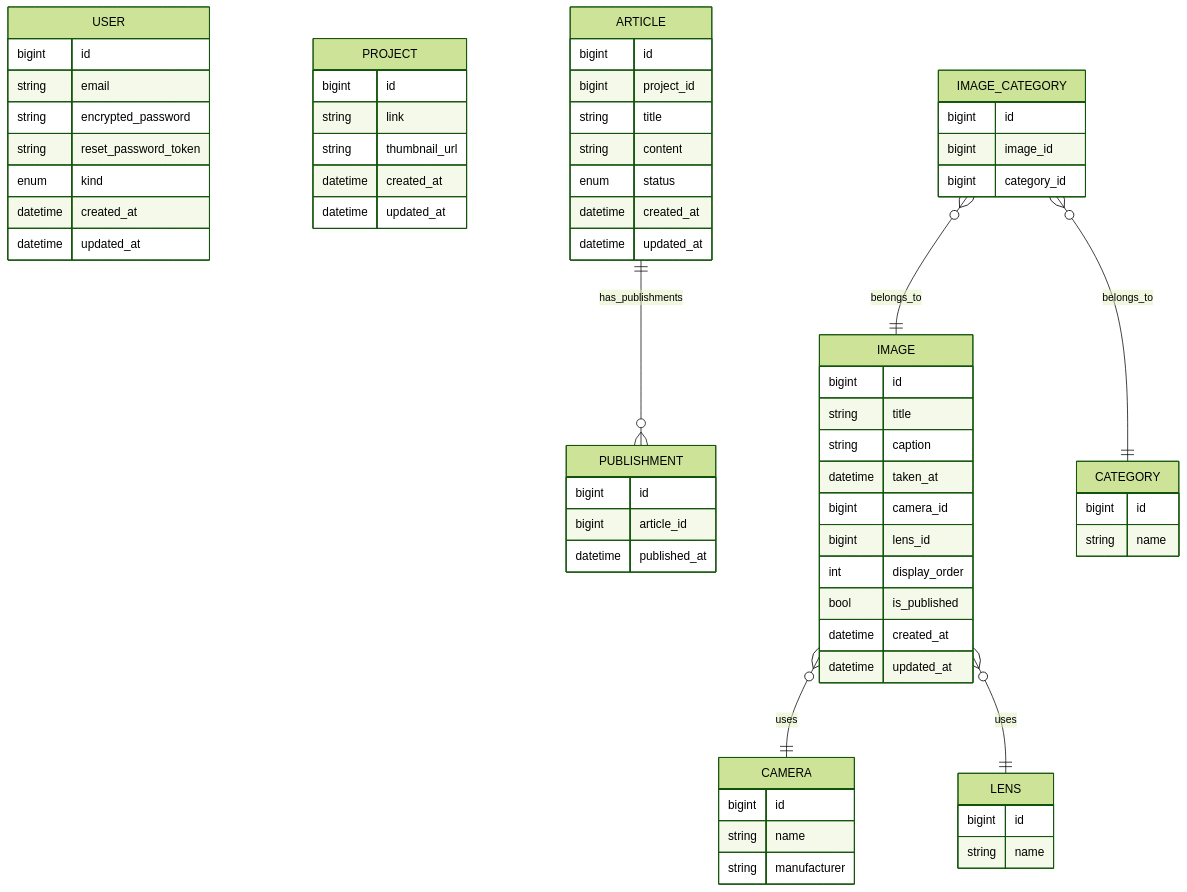
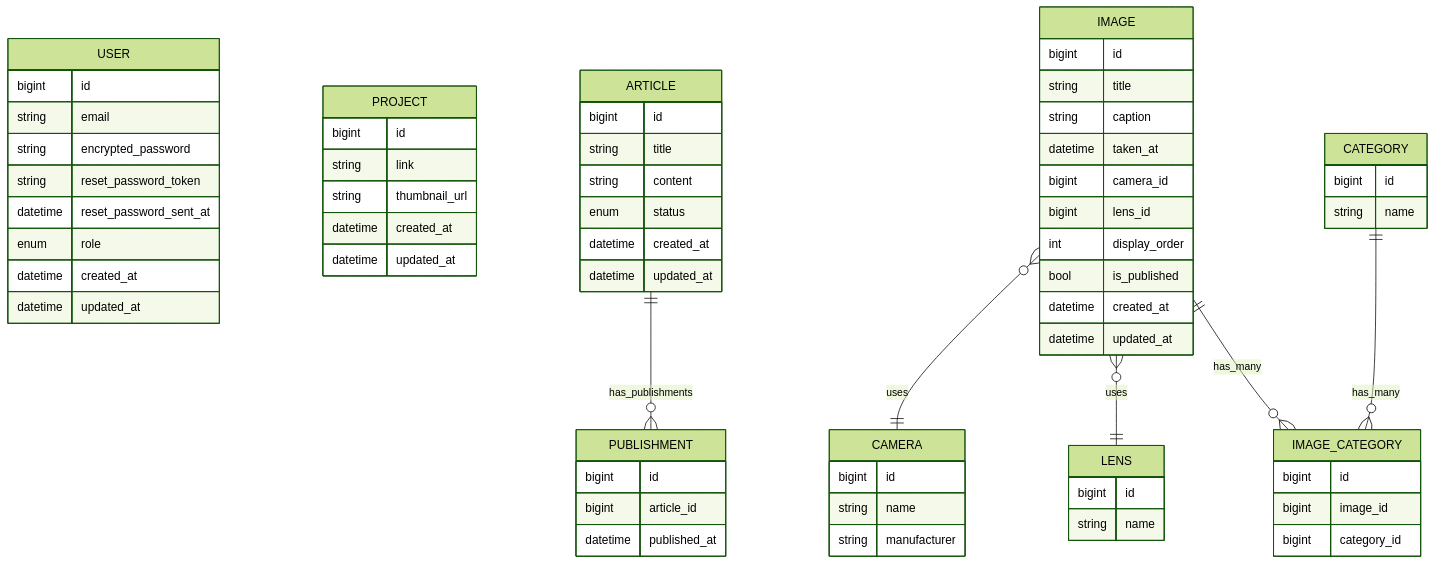
The diagram in README.md (huji333/portfolio), drawn with Mermaid (forest theme) before and after one commit. The commit also changed 1 other file, not shown here.

Commit message:
update user migration

````diff
--- a/README.md
+++ b/README.md
@@ -5,68 +5,68 @@
 ```mermaid
 erDiagram
   USER{
     bigint id
     string email
     string encrypted_password
     string reset_password_token
-    enum kind
+    datetime reset_password_sent_at
+    enum role
     datetime created_at
     datetime updated_at
   }
   PROJECT{
     bigint id
     string link
     string thumbnail_url
     datetime created_at
     datetime updated_at
   }
   ARTICLE ||--o{ PUBLISHMENT : has_publishments
   ARTICLE{
     bigint id
-    bigint project_id
     string title
     string content
     enum status
     datetime created_at
     datetime updated_at
   }
   PUBLISHMENT{
     bigint id
     bigint article_id
     datetime published_at
   }
   IMAGE }o--|| CAMERA : uses
   IMAGE }o--|| LENS : uses
   IMAGE{
     bigint id
     string title
     string caption
     datetime taken_at
     bigint camera_id
     bigint lens_id
     int display_order
     bool is_published
     datetime created_at
     datetime updated_at
   }
   LENS{
     bigint id
     string name
   }
   CAMERA{
     bigint id
     string name
     string manufacturer
   }
-  IMAGE_CATEGORY }o--|| CATEGORY : belongs_to
-  IMAGE_CATEGORY }o--|| IMAGE : belongs_to
+  IMAGE ||--o{ IMAGE_CATEGORY: has_many
+  CATEGORY ||--o{ IMAGE_CATEGORY: has_many
   CATEGORY{
     bigint id
     string name
   }
   IMAGE_CATEGORY{
     bigint id
     bigint image_id
     bigint category_id
   }
 ```
````
